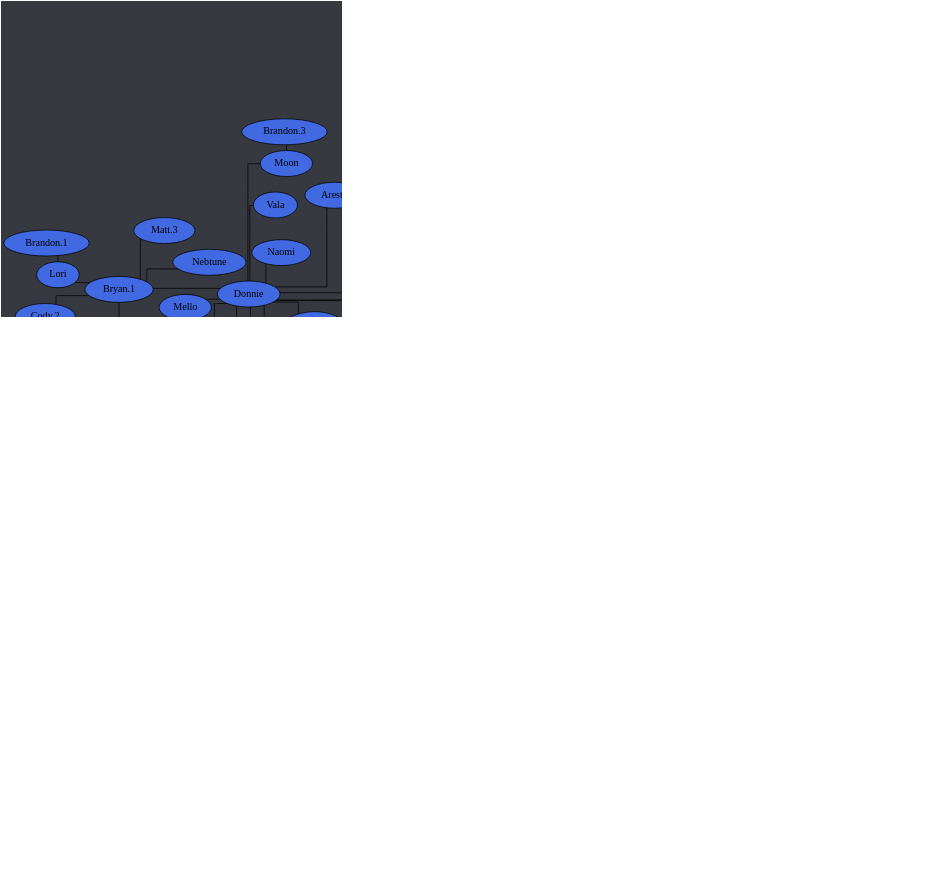
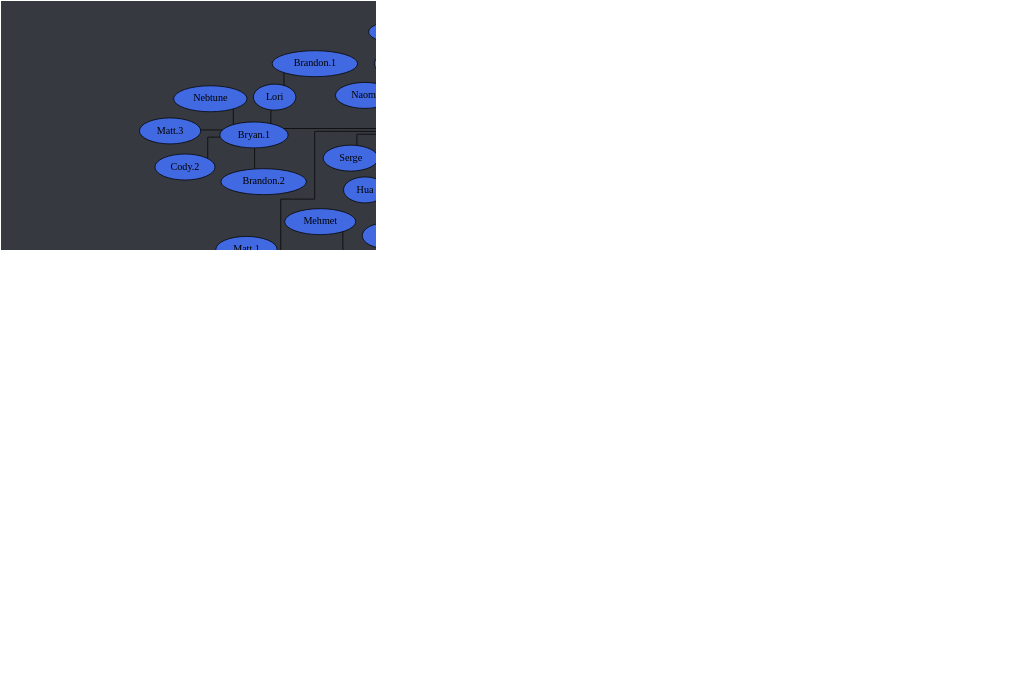
One commit to Documidas/CoronaCatzFamilyTree changed the diagram in tree.dot. Above: the diagram before and after it, drawn with Graphviz. The commit also changed 1 other file, not shown here.

Commit message:
Add Tommy

```diff
--- a/tree.dot
+++ b/tree.dot
@@ -1,188 +1,189 @@
 strict graph {
 	// Layout Configuration
 	layout = neato;
 	dpi = 200;
 	epsilon = 0.01;
 	mode = major;
 	model = subset;
 	overlap = false;
 	splines = ortho;
 	start = rand;
 
 	// Visual Configuration
 	graph [ truecolor=true bgcolor="#36393f" ];
 	node [ style=filled fillcolor="gray" fontcolor="black" ];
 
 	subgraph "Joel" {
 		node [ style=filled fillcolor="firebrick4" fontcolor="white" ];
 		Joel [ style=filled fillcolor="gold" fontcolor="black" ];
 
 		Cayla -- Ali;
 		Cayla -- Jake;
 		Cayla -- Jonathan;
 		Cayla -- "Nick.1";
 		Cayla -- Ranger;
 		Cayla -- Ross;
 		Joel -- Anders;
 		Joel -- Austin;
 		Joel -- Cayla;
 		Joel -- Jared;
 		Joel -- Patrick;
 		Joel -- Steven;
 		Joel -- Zachry;
 		Zachry -- Syd;
 	}
 
 	subgraph "Anders" {
 		node [ style=filled fillcolor="green4" fontcolor="white" ];
 		// Anders [ style=filled fillcolor="green4" fontcolor="white" ];
 
 		Anders -- Chiara;
 		Anders -- "Cody.1";
 		Anders -- Cole;
 		Anders -- Daniel;
 		Anders -- Derek;
 		Anders -- DJ;
 		Anders -- Jen;
 		Anders -- "Matt.2";
 		Anders -- Solis;
 		Anders -- Wyatt;
 		Anders -- Viwat;
 		Anders -- "Zach.0";
 		Anders -- Zack;
 	}
 
 	subgraph "Jared" {
 		node [ style=filled fillcolor="royalblue" fontcolor="black" ];
 		// Jared [ style=filled fillcolor="royalblue" fontcolor="black" ];
 
 		Aly -- "Nick.2";
 		America -- "Kat.2";
 		Brandi -- Justine;
 		"Bryan.1" -- "Brandon.2";
 		"Bryan.1" -- "Cody.2";
 		"Bryan.1" -- Lori;
 		"Bryan.1" -- "Matt.3";
 		"Bryan.1" -- Nebtune;
 		Donnie -- Aiyo;
 		Donnie -- "Alex.2";
 		Donnie -- Aresty;
 		Donnie -- "Bryan.1";
 		Donnie -- Hua;
 		Donnie -- Mello;
 		Donnie -- Mia;
 		Donnie -- Mimi;
 		Donnie -- Moon;
 		Donnie -- "Nick.2";
 		Donnie -- Naomi;
 		Donnie -- Serge;
 		Donnie -- Vala;
 		Gaby -- "Chris.2";
 		Lori -- "Brandon.1";
 		Jared -- Alexander;
 		Jared -- Ben;
 		Jared -- Brandi;
 		Jared -- "Carter-1.0";
 		Jared -- Chad;
 		Jared -- Dave;
 		Jared -- Donnie;
 		Jared -- Em;
 		Jared -- Fabi;
 		Jared -- Frank;
 		Jared -- Hannah;
 		Jared -- "John Boi";
 		Jared -- "Josh.2";
 		Jared -- Mason;
 		Jared -- "Matt.1";
 		Jared -- Mehmet;
 		Jared -- Nam;
 		Jared -- Pixie;
 		Jared -- Spencer;
 		Jared -- Steff;
 		Jared -- Tyler;
 		Jared -- "Zach/Laniakea";
 		Jared -- Zoe;
 		"John Boi" -- Hardie;
 		Mimi -- Hia;
 		Moon -- "Brandon.3";
 		Steff -- JC;
 		Tyler -- Aly;
 		Tyler -- "Alex.3";
 		Tyler -- America;
 		Tyler -- "Bryan.2";
 		Tyler -- Gaby;
 		Zoe -- Aiden;
 		Zoe -- Simon;
 	}
 
 	subgraph "Zach/Laniakea" {
 		node [ style=filled fillcolor="#4eff2c" fontcolor="black" ];
 		// "Zach/Laniakea" [ style=filled fillcolor="#4eff2c" fontcolor="black" ];
 
 		"Caio.2" -- "Kyle.1";
 		"Caio.2" -- Lucas;
 		"Ryan/Des" -- Marcus;
 		"Zach/Laniakea" -- "Caio.2";
 		"Zach/Laniakea" -- John;
 		"Zach/Laniakea" -- "Logan.1";
 		"Zach/Laniakea" -- Kevin;
 		"Zach/Laniakea" -- Kody;
 		"Zach/Laniakea" -- "Kyle.0";
 		"Zach/Laniakea" -- Mike;
 		"Zach/Laniakea" -- "Ryan/Des";
 		"Zach/Laniakea" -- "Ryan/Winters";
 		"Ryan/Winters" -- "Zach.1";
 	}
 
 	subgraph "John" {
 		node [ style=filled fillcolor="#c89b3c" fontcolor="black" ];
 		// John [ style=filled fillcolor="#c89b3c" fontcolor="black" ];
 
+		"Logan.2" -- Tommy;
 		Jay -- "Logan.2";
 		John -- Anna;
 		John -- Emily;
 		John -- Haber;
 		John -- Jay;
 		John -- "Jack.1";
 		John -- Lara;
 		John -- "Thomas.1";
 	}
 
 	subgraph "Thomas.1" {
 		node [ style=filled fillcolor="#b04900" fontcolor="black" ];
 		// "Thomas.1" [ style=filled fillcolor="#b04900" fontcolor="black" ];
 
 		"Da'Von" -- Dalton;
 		"Da'Von" -- Jon;
 		"Da'Von" -- Karma;
 		"Da'Von" -- Zeller;
 		Dalton -- "Carter.2";
 		"Thomas.1" -- Alex;
 		"Thomas.1" -- Christian;
 		"Thomas.1" -- "Da'Von";
 		"Thomas.1" -- Dre;
 		"Thomas.1" -- "Josh.1";
 		"Thomas.1" -- "Tony.1";
 	}
 
 	subgraph "Alex" {
 		node [ style=filled fillcolor="#6f2da8" fontcolor="white" ];
 		// Alex [ style=filled fillcolor="#6f2da8" fontcolor="black" ];
 
 		Alex -- "Alex/Blitt";
 		Alex -- Sam;
 		"Alex/Blitt" -- Brian;
 		"Alex/Blitt" -- Dan;
 		"Alex/Blitt" -- Gabriel;
 		"Alex/Blitt" -- Joey;
 		"Alex/Blitt" -- "Kyle.3";
 		"Alex/Blitt" -- Mikael;
 		"Alex/Blitt" -- Nathan;
 		"Alex/Blitt" -- Nolan;
 		"Alex/Blitt" -- "Ryan.1";
 		Gabriel -- Rin;
 		Gabriel -- "Ryan.2";
 		Rin -- Olivia;
 		"Ryan.1" -- David;
 	}
 }
```
